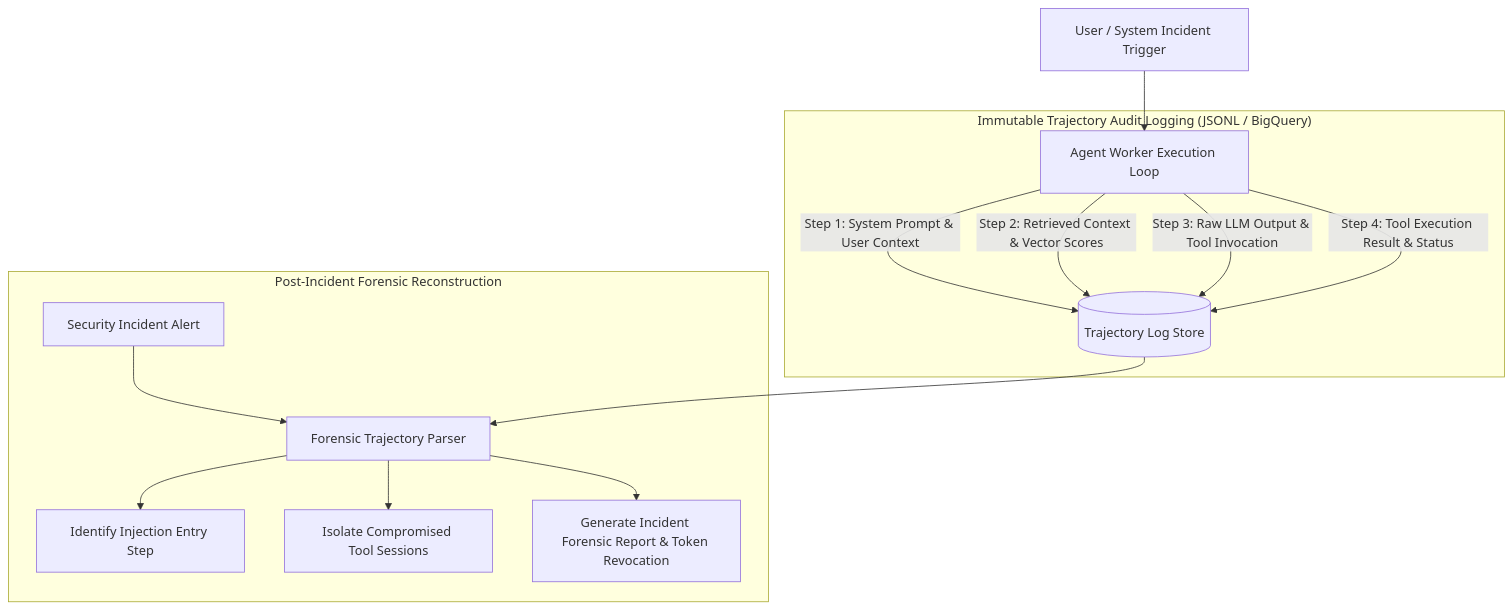
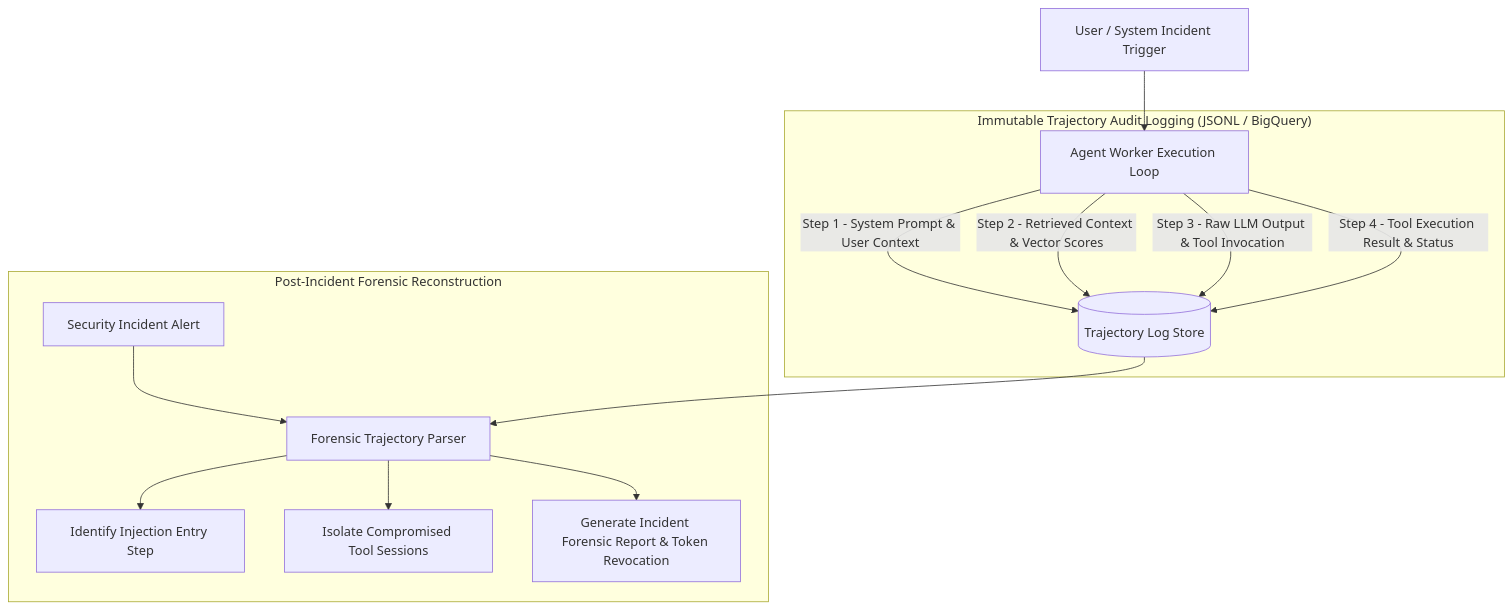
The diagram in blog/posts/agentic-security-incident-forensics-trajectory-audit-logging.md (akmalkhaniub/akmalkhaniub.github.io), drawn with Mermaid before and after one commit. The commit also changed 411 other files, not shown here.

````diff
--- a/blog/posts/agentic-security-incident-forensics-trajectory-audit-logging.md
+++ b/blog/posts/agentic-security-incident-forensics-trajectory-audit-logging.md
@@ -17,19 +17,19 @@
 ```mermaid
-graph TD
+flowchart TD
   A[User / System Incident Trigger] --> B[Agent Worker Execution Loop]
   
   subgraph SG1_ImmutableTrajectoryAudit ["Immutable Trajectory Audit Logging (JSONL / BigQuery)"]
-    B -->|Step 1: System Prompt & User Context| C[(Trajectory Log Store)]
-    B -->|Step 2: Retrieved Context & Vector Scores| C
-    B -->|Step 3: Raw LLM Output & Tool Invocation| C
-    B -->|Step 4: Tool Execution Result & Status| C
+    B -->|Step 1 - System Prompt & User Context| C[(Trajectory Log Store)]
+    B -->|Step 2 - Retrieved Context & Vector Scores| C
+    B -->|Step 3 - Raw LLM Output & Tool Invocation| C
+    B -->|Step 4 - Tool Execution Result & Status| C
   end
   
   subgraph SG2_PostIncidentForensic ["Post-Incident Forensic Reconstruction"]
     D[Security Incident Alert] --> E[Forensic Trajectory Parser]
     C --> E
     E --> F[Identify Injection Entry Step]
     E --> G[Isolate Compromised Tool Sessions]
     E --> H[Generate Incident Forensic Report & Token Revocation]
   end
 ```
````
